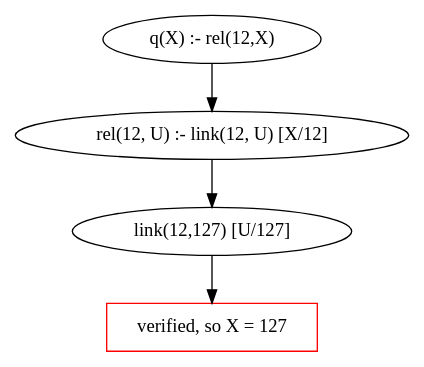
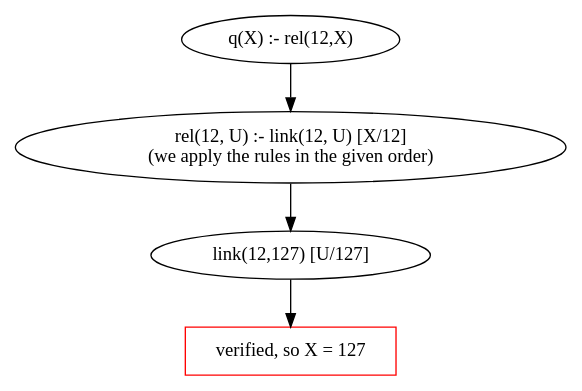
The second of 2 diagrams in solutions/db_sol11.org (AndreaCrotti/database-implementation), drawn with Graphviz before and after one commit. The commit also changed other lines of this file and 1 other file, not shown here.

```diff
--- a/solutions/db_sol11.org
+++ b/solutions/db_sol11.org
@@ -54,9 +54,9 @@
 #+begin_src dot :file es11_2_2.pdf :cmdline -Tpdf :exports none :results silent
    digraph G {
 	   t0 [ label = "q(X) :- rel(12,X)" ];
-	   t1 [ label = "rel(12, U) :- link(12, U) [X/12]" ];
+	   t1 [ label = "rel(12, U) :- link(12, U) [X/12]\n(we apply the rules in the given order)" ];
            t2 [ label = "link(12,127) [U/127]" ];
            t3 [ color="red", shape="box", label = "verified, so X = 127" ];
            t0 -> t1 -> t2 -> t3;
    }
 #+end_src
```
